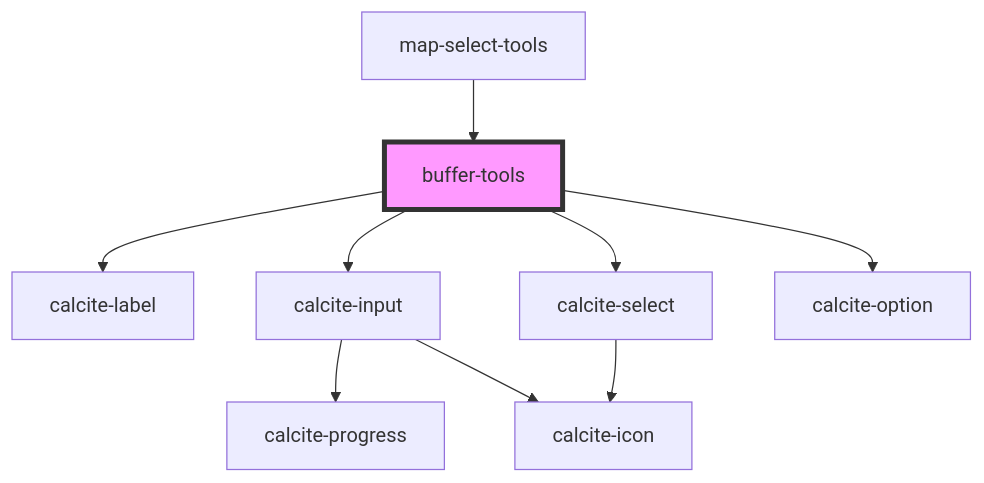
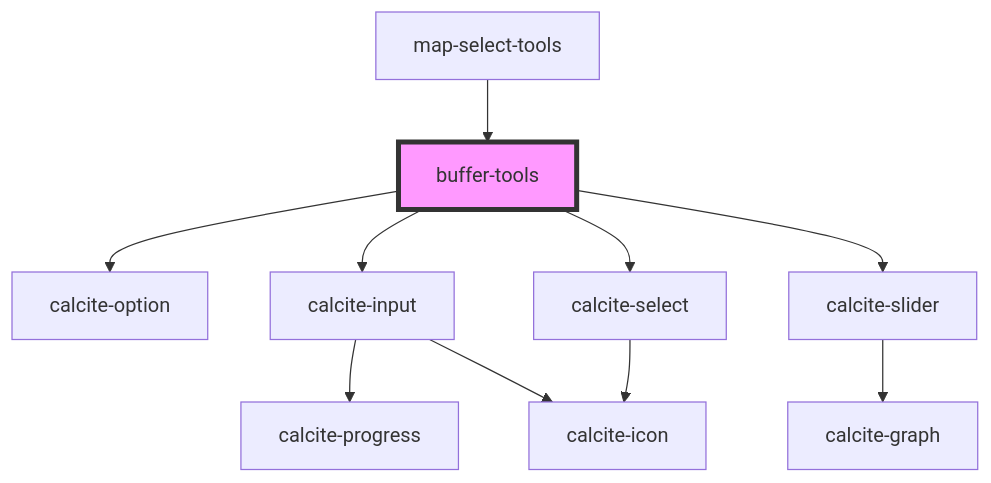
Before and after one commit to Esri/solutions-components: the diagram in src/components/buffer-tools/readme.md, drawn with Mermaid. The commit also changed other lines of this file and 62 other files, not shown here.

````diff
--- a/src/components/buffer-tools/readme.md
+++ b/src/components/buffer-tools/readme.md
@@ -39,12 +43,13 @@
 ```mermaid
 graph TD;
-  buffer-tools --> calcite-label
+  buffer-tools --> calcite-option
   buffer-tools --> calcite-input
   buffer-tools --> calcite-select
-  buffer-tools --> calcite-option
+  buffer-tools --> calcite-slider
   calcite-input --> calcite-progress
   calcite-input --> calcite-icon
   calcite-select --> calcite-icon
+  calcite-slider --> calcite-graph
   map-select-tools --> buffer-tools
   style buffer-tools fill:#f9f,stroke:#333,stroke-width:4px
 ```
````
